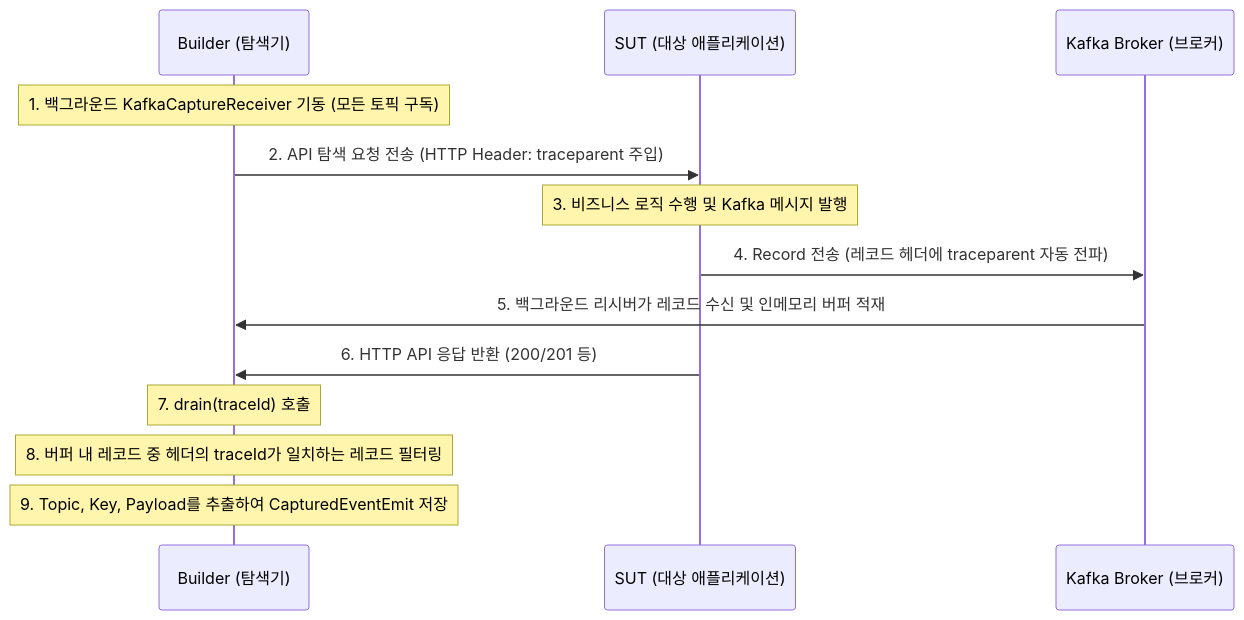
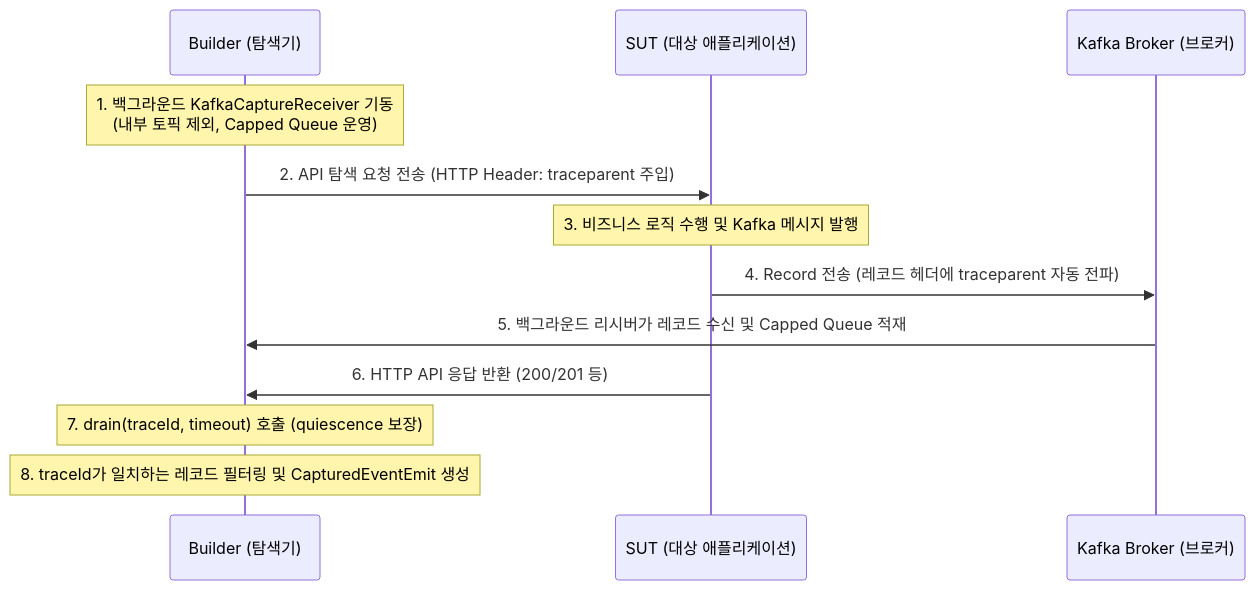
One commit to baekchangjoon/graph-rag-test-generator changed the diagram in docs/superpowers/specs/2026-06-18-kafka-produce-capture-design.md. Above: the diagram before and after it, drawn with Mermaid. The commit also changed other lines of this file, not shown here.

Commit message:
docs: revise kafka produce capture design spec to v2 incorporating reviewer feedback

````diff
--- a/docs/superpowers/specs/2026-06-18-kafka-produce-capture-design.md
+++ b/docs/superpowers/specs/2026-06-18-kafka-produce-capture-design.md
@@ -19,16 +17,15 @@
 ```mermaid
 sequenceDiagram
     participant B as Builder (탐색기)
     participant S as SUT (대상 애플리케이션)
     participant K as Kafka Broker (브로커)
 
-    Note over B: 1. 백그라운드 KafkaCaptureReceiver 기동 (모든 토픽 구독)
+    Note over B: 1. 백그라운드 KafkaCaptureReceiver 기동<br/>(내부 토픽 제외, Capped Queue 운영)
     B->>S: 2. API 탐색 요청 전송 (HTTP Header: traceparent 주입)
     Note over S: 3. 비즈니스 로직 수행 및 Kafka 메시지 발행
     S->>K: 4. Record 전송 (레코드 헤더에 traceparent 자동 전파)
-    K->>B: 5. 백그라운드 리시버가 레코드 수신 및 인메모리 버퍼 적재
+    K->>B: 5. 백그라운드 리시버가 레코드 수신 및 Capped Queue 적재
     S->>B: 6. HTTP API 응답 반환 (200/201 등)
-    Note over B: 7. drain(traceId) 호출
-    Note over B: 8. 버퍼 내 레코드 중 헤더의 traceId가 일치하는 레코드 필터링
-    Note over B: 9. Topic, Key, Payload를 추출하여 CapturedEventEmit 저장
+    Note over B: 7. drain(traceId, timeout) 호출 (quiescence 보장)
+    Note over B: 8. traceId가 일치하는 레코드 필터링 및 CapturedEventEmit 생성
 ```
````
